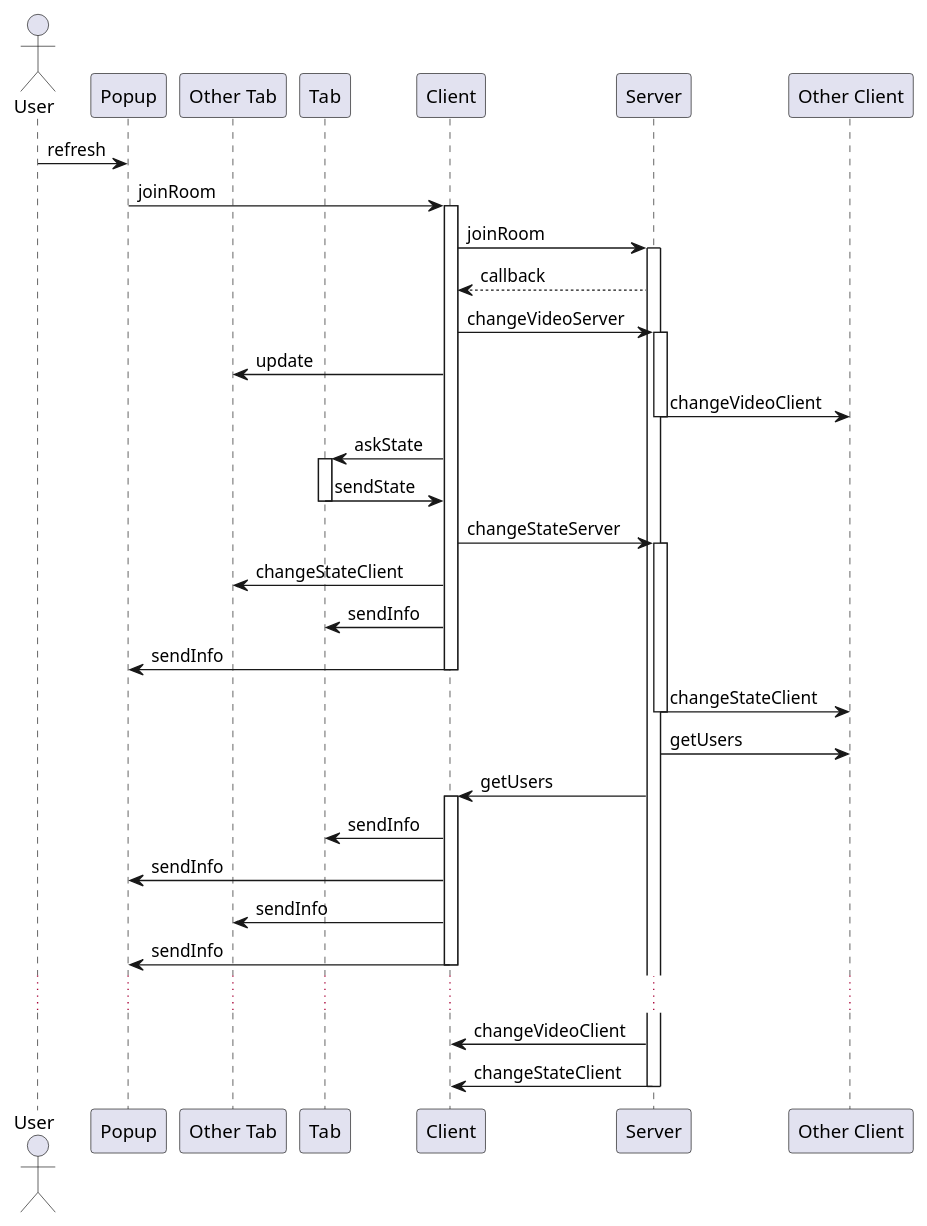
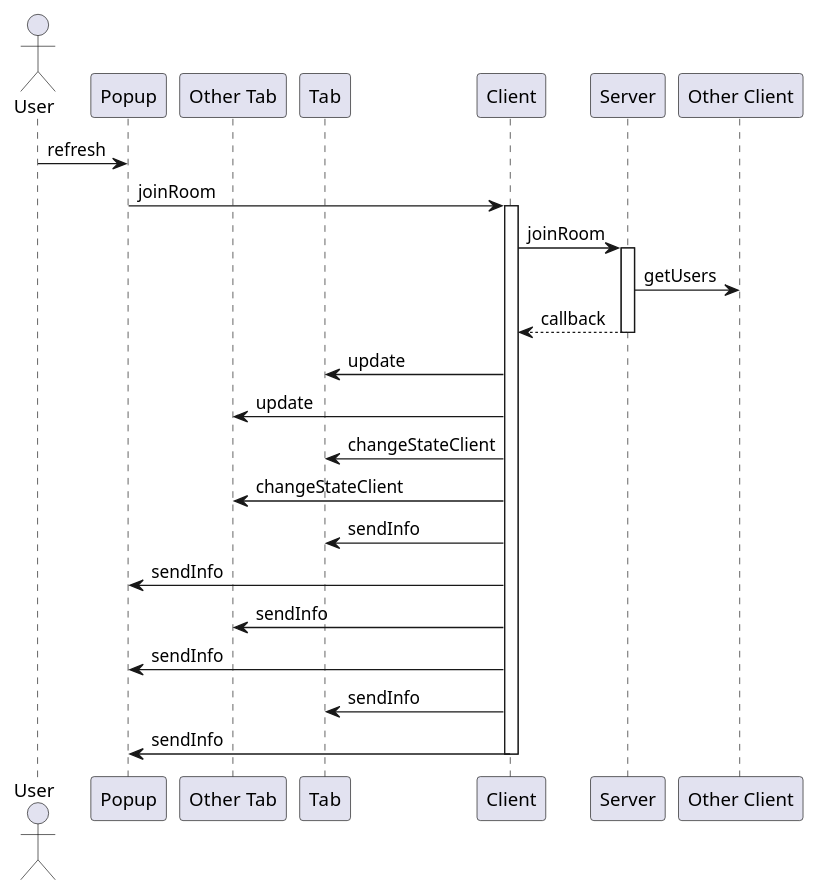
The diagram in wiki/resource/refresh.puml (Dragicafit/Anime-Watch-Parties), drawn with PlantUML before and after one commit. The commit also changed 21 other files, not shown here.

```diff
--- a/wiki/resource/refresh.puml
+++ b/wiki/resource/refresh.puml
@@ -1,48 +1,33 @@
 @startuml refresh
 
 actor User
 participant Popup
 participant "Other Tab"
 participant Tab
 participant Client
 participant Server
 participant "Other Client"
 
 
 User -> Popup: refresh
 Popup -> Client: joinRoom
 activate Client
 Client -> Server: joinRoom
 activate Server
+Server -> "Other Client": getUsers
 Client <-- Server: callback
-Client -> Server: changeVideoServer
-activate Server
+deactivate Server
+Tab <- Client: update
 "Other Tab" <- Client: update
-Server -> "Other Client": changeVideoClient
-deactivate Server
-Tab <- Client: askState
-activate Tab
-Tab -> Client: sendState
-deactivate Tab
-Client -> Server: changeStateServer
-activate Server
+Tab <- Client: changeStateClient
 "Other Tab" <- Client: changeStateClient
-Tab <- Client: sendInfo
-Popup <- Client: sendInfo
-deactivate Client
-Server -> "Other Client": changeStateClient
-deactivate Server
-Server -> "Other Client": getUsers
-Client <- Server: getUsers
-activate Client
+
 Tab <- Client: sendInfo
 Popup <- Client: sendInfo
 "Other Tab" <- Client: sendInfo
 Popup <- Client: sendInfo
+Tab <- Client: sendInfo
+Popup <- Client: sendInfo
 deactivate Client
-...
-Client <- Server: changeVideoClient
-Client <- Server: changeStateClient
-deactivate Server
 
 @enduml
```
